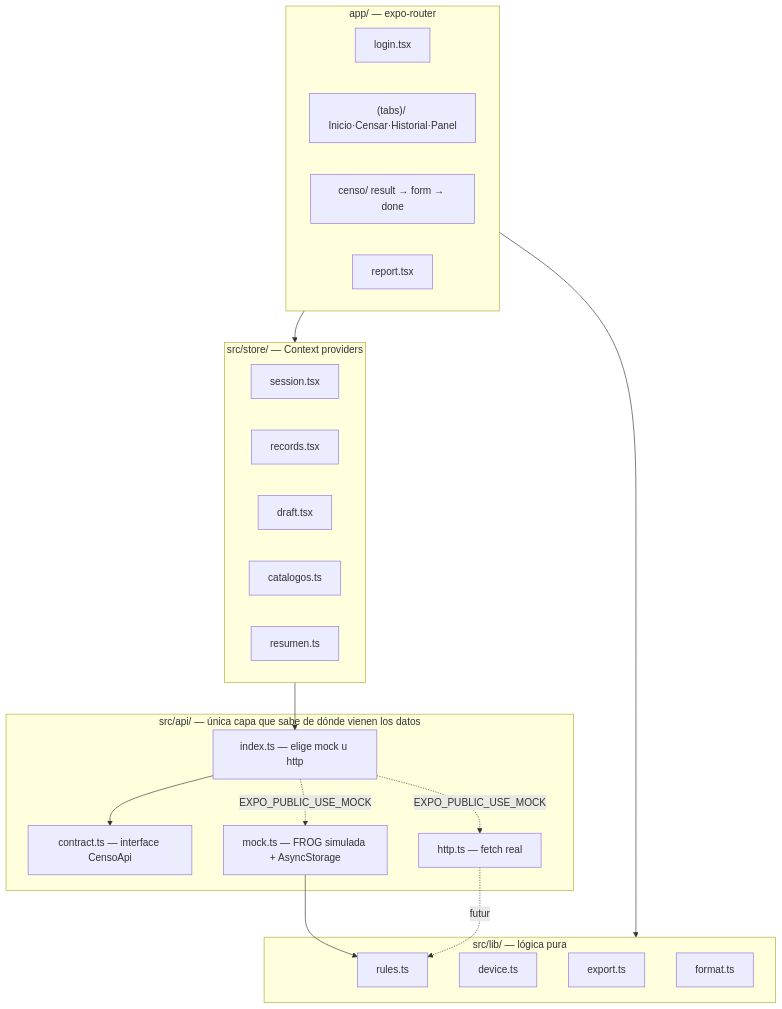
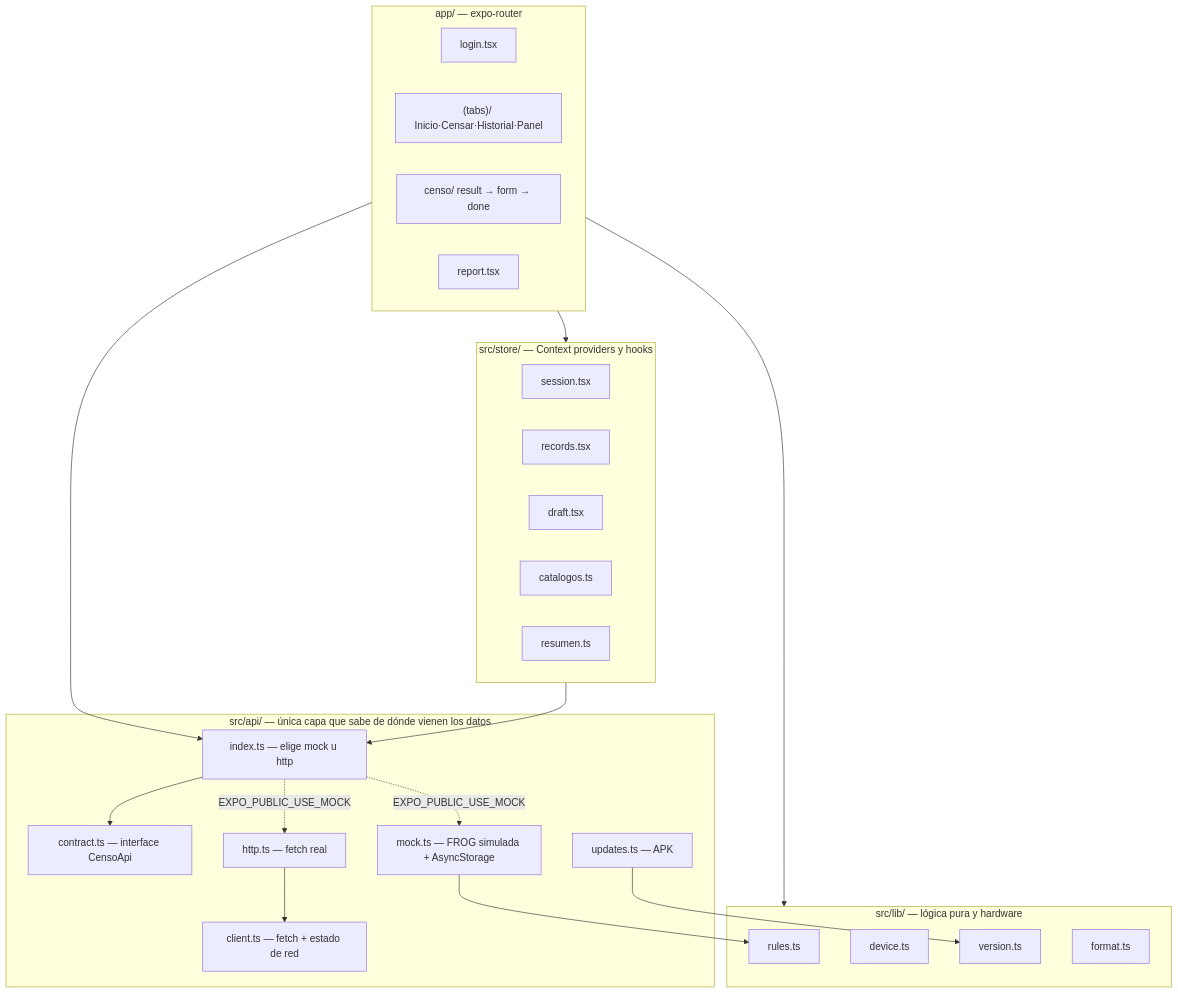
One commit to YaxOFF/CensoCoolerAAOCSA_REACT changed the diagram in docs/README.md. Above: the diagram before and after it, drawn with Mermaid. The commit also changed other lines of this file and 16 other files, not shown here.

````diff
--- a/docs/README.md
+++ b/docs/README.md
@@ -52,40 +68,44 @@
 ```mermaid
 flowchart TD
     subgraph Pantallas["app/ — expo-router"]
         Login[login.tsx]
         Tabs["(tabs)/ Inicio·Censar·Historial·Panel"]
         Censo["censo/ result → form → done"]
         Report[report.tsx]
     end
 
-    subgraph Store["src/store/ — Context providers"]
+    subgraph Store["src/store/ — Context providers y hooks"]
         Session[session.tsx]
         Records[records.tsx]
         Draft[draft.tsx]
         Catalogos[catalogos.ts]
         Resumen[resumen.ts]
     end
 
-    subgraph Lib["src/lib/ — lógica pura"]
+    subgraph Lib["src/lib/ — lógica pura y hardware"]
         Rules[rules.ts]
         Device[device.ts]
-        Export[export.ts]
+        Version[version.ts]
         Format[format.ts]
     end
 
     subgraph Api["src/api/ — única capa que sabe de dónde vienen los datos"]
         Contract["contract.ts — interface CensoApi"]
         Mock["mock.ts — FROG simulada + AsyncStorage"]
         Http["http.ts — fetch real"]
+        Client["client.ts — fetch + estado de red"]
+        Updates["updates.ts — APK"]
         Index["index.ts — elige mock u http"]
     end
 
     Pantallas --> Store
     Pantallas --> Lib
+    Pantallas --> Index
     Store --> Index
     Index --> Contract
     Index -.EXPO_PUBLIC_USE_MOCK.-> Mock
     Index -.EXPO_PUBLIC_USE_MOCK.-> Http
     Mock --> Rules
-    Http -.futuro.-> Rules
+    Http --> Client
+    Updates --> Version
 ```
````
